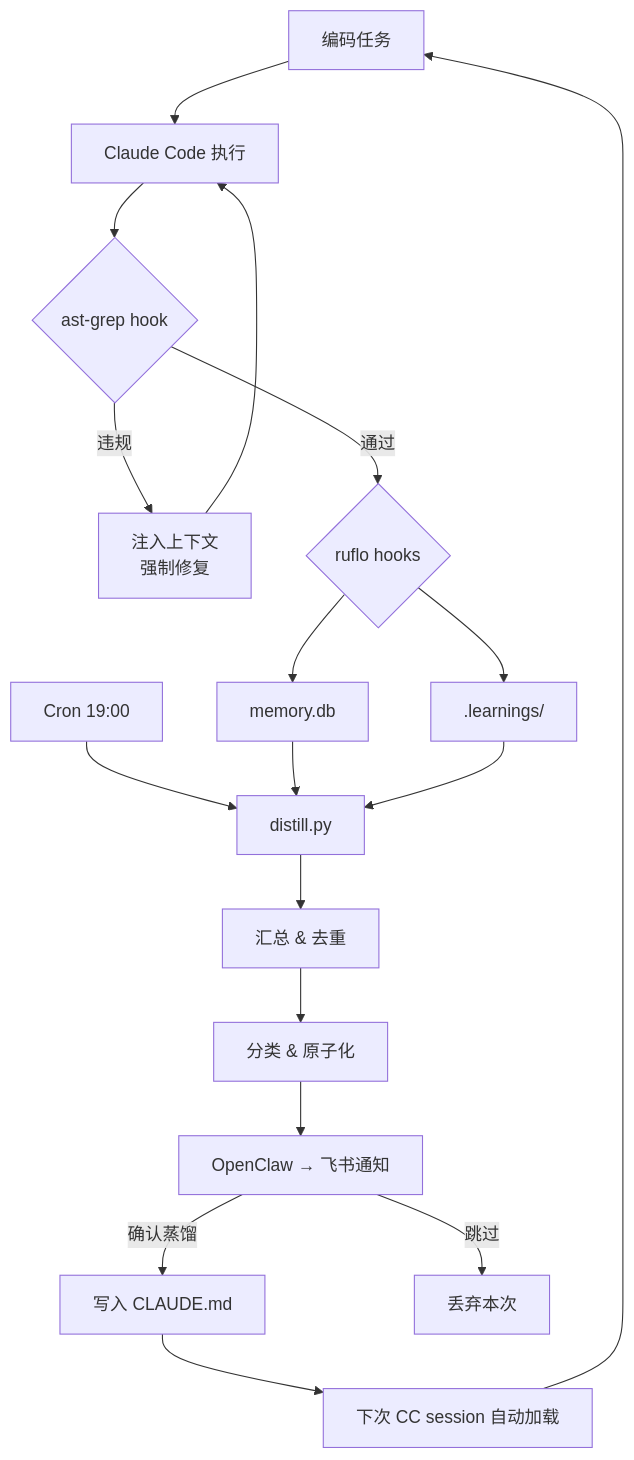
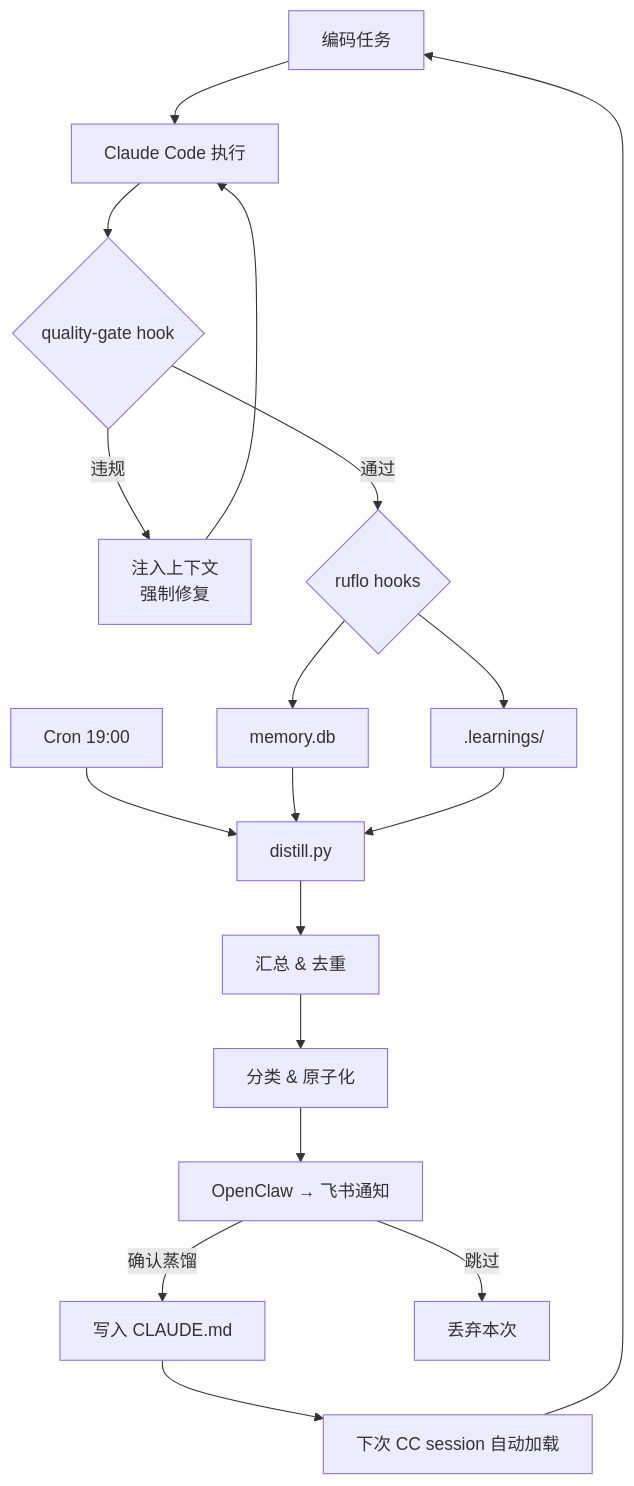
Before and after one commit to yaofuhong0311/ai-coding-workflow: the diagram in docs/self-evolution.md, drawn with Mermaid. The commit also changed 3 other files, not shown here.

First line of the commit message:
docs: replace ast-grep with ruff/python-quality-gate.sh as actual hard constraint

````diff
--- a/docs/self-evolution.md
+++ b/docs/self-evolution.md
@@ -97,24 +97,24 @@
 ```mermaid
 flowchart TD
     A[编码任务] --> B[Claude Code 执行]
-    B --> C{ast-grep hook}
+    B --> C{quality-gate hook}
     C -->|违规| C1[注入上下文<br/>强制修复]
     C1 --> B
     C -->|通过| C2{ruflo hooks}
     C2 --> D[memory.db]
     C2 --> E[.learnings/]
 
     F[Cron 19:00] --> G[distill.py]
     D --> G
     E --> G
 
     G --> H[汇总 & 去重]
     H --> I[分类 & 原子化]
     I --> J[OpenClaw → 飞书通知]
 
     J -->|确认蒸馏| K[写入 CLAUDE.md]
     J -->|跳过| L[丢弃本次]
 
     K --> M[下次 CC session 自动加载]
     M --> A
 ```
````
